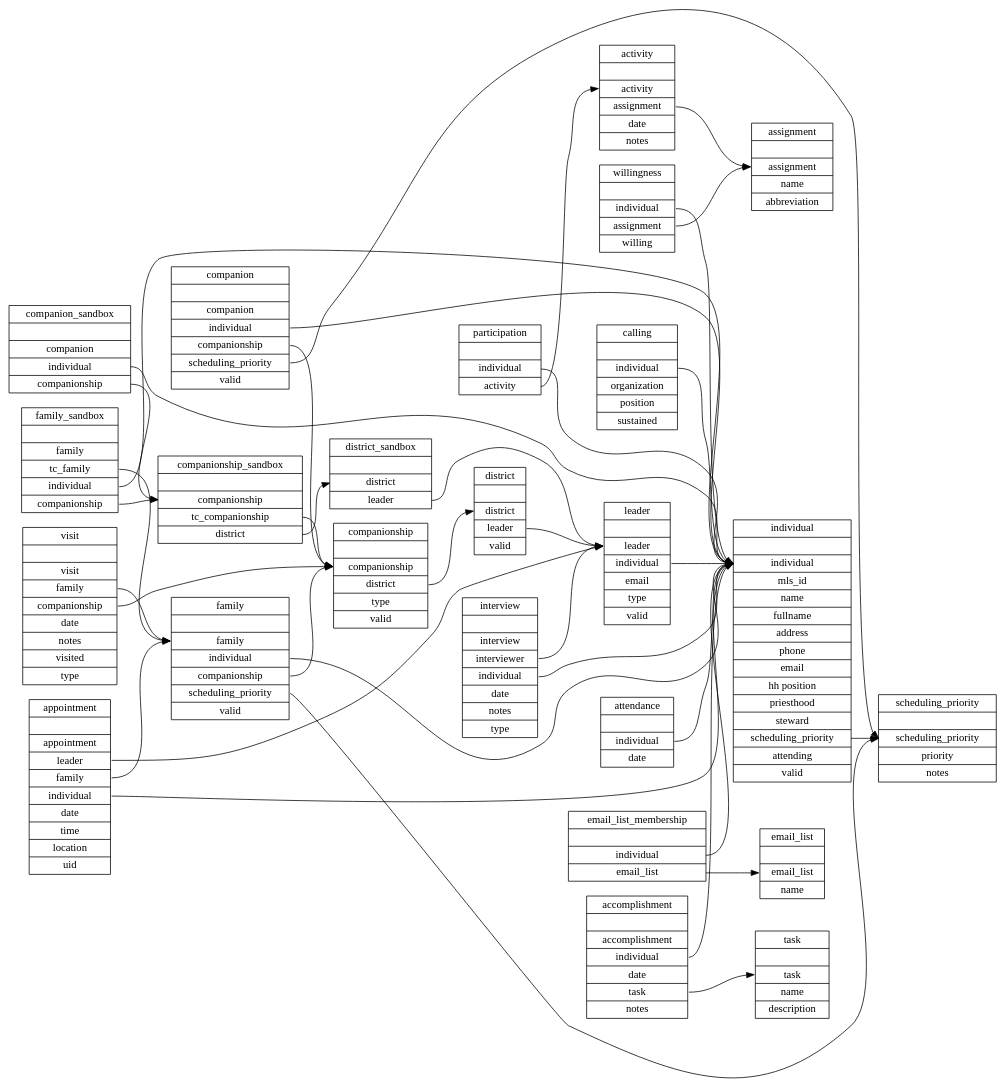
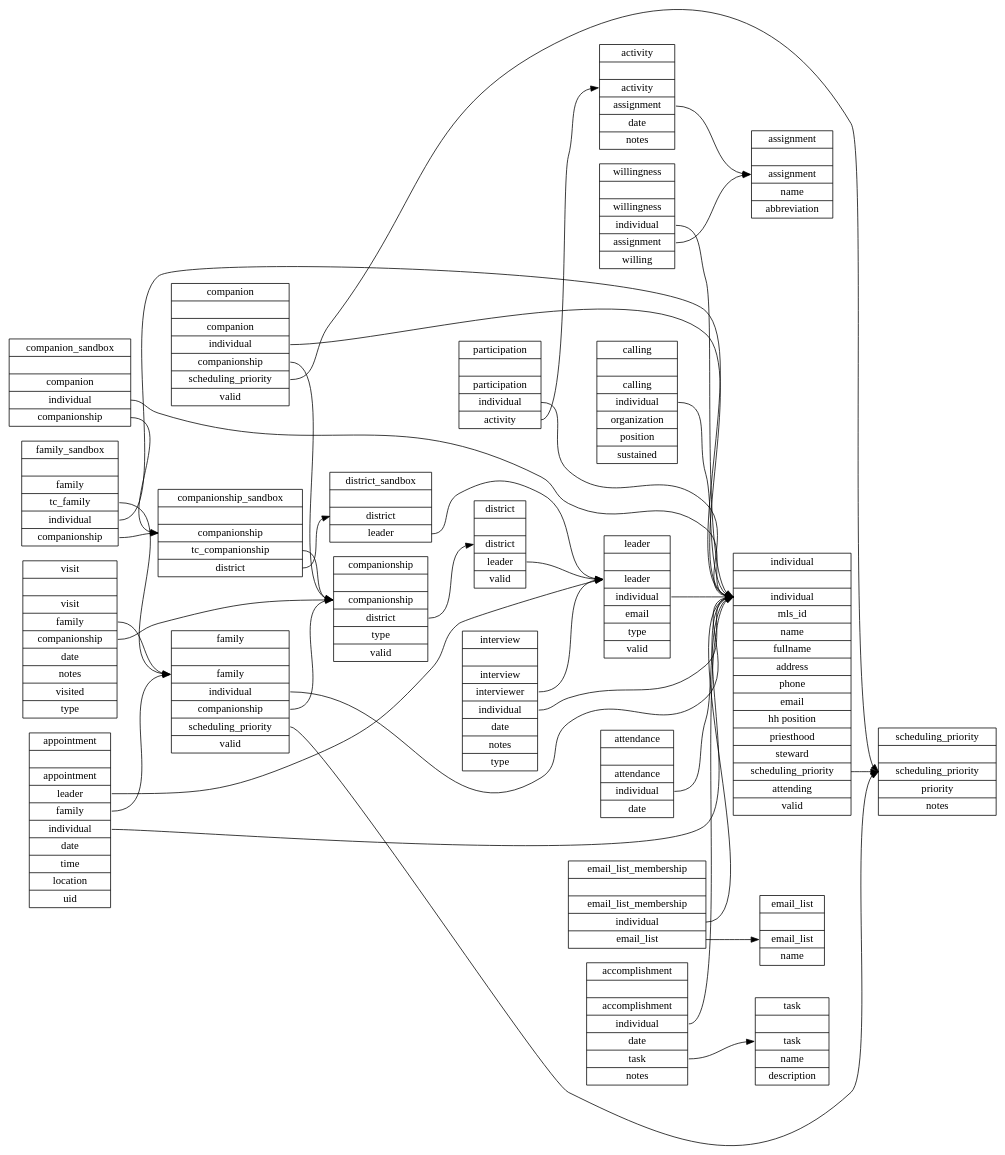
One commit to apippin/tc changed the diagram in sql/schema.dot. Above: the diagram before and after it, drawn with Graphviz. The commit also changed 4 other files, not shown here.

```diff
--- a/sql/schema.dot
+++ b/sql/schema.dot
@@ -1,155 +1,155 @@
 digraph schema {
   graph [
     rankdir = "LR"
   ];
   activity   [
     label = "activity||<a> activity|<s> assignment|<t> date|<n> notes"
     shape = "record"
   ];
   appointment   [
     label = "appointment||<a> appointment|<l> leader|<f> family|<i> individual |<d> date|<t> time|<l> location|<u> uid"
     shape = "record"
   ];
   assignment    [
     label = "assignment||<a> assignment|<n> name|<ab> abbreviation"
     shape = "record"
   ];
   attendance   [
-    label = "attendance||<i> individual|<d> date"
+    label = "attendance||<a> attendance|<i> individual|<d> date"
     shape = "record"
   ];
   calling       [
-    label = "calling||<i> individual|<o> organization|<p> position|<s> sustained"
+    label = "calling||<c> calling|<i> individual|<o> organization|<p> position|<s> sustained"
     shape = "record"
   ];
   companion   [
     label = "companion||<c> companion|<i> individual|<cp> companionship|<sp> scheduling_priority|<v> valid"
     shape = "record"
   ];
   companionship   [
     label = "companionship||<c> companionship|<d> district|<t> type|<v> valid"
     shape = "record"
   ];
   district      [
     label = "district||<d> district|<l> leader|<v> valid"
     shape = "record"
   ];
   individual   [
     label = "individual||<i> individual|<id> mls_id|<n> name|<fn> fullname|<a> address|<p> phone|<em> email|<hh> hh position|<pr> priesthood|<st> steward|<sp> scheduling_priority|<a> attending|<v> valid"
     shape = "record"
   ];
   family   [
     label = "family||<f> family|<i> individual|<c> companionship|<sp> scheduling_priority|<v> valid"
     shape = "record"
   ];
   participation   [
-    label = "participation||<i> individual|<a> activity"
+    label = "participation||<p> participation|<i> individual|<a> activity"
     shape = "record"
   ];
   interview   [
     label = "interview||<in> interview|<i> interviewer|<il> individual|<t> date|<n> notes|<t> type"
     shape = "record"
   ];
   leader    [
     label = "leader||<l> leader|<i> individual|<em> email|<t> type|<v> valid"
     shape = "record"
   ];
   visit   [
     label = "visit||<v> visit|<f> family|<c> companionship|<t> date|<n> notes|<v> visited|<vt> type"
     shape = "record"
   ];
   willingness   [
-    label = "willingness||<i> individual|<a> assignment|<w> willing"
+    label = "willingness||<wn> willingness|<i> individual|<a> assignment|<w> willing"
     shape = "record"
   ];
   scheduling_priority   [
     label = "scheduling_priority||<sp> scheduling_priority|<p> priority|<n> notes"
     shape = "record"
   ];
   email_list   [
     label = "email_list||<e> email_list|<n> name"
     shape = "record"
   ];
   email_list_membership   [
-    label = "email_list_membership||<i> individual|<e> email_list"
+    label = "email_list_membership||<elm> email_list_membership|<i> individual|<e> email_list"
     shape = "record"
   ];
   accomplishment   [
     label = "accomplishment||<a> accomplishment|<i> individual|<d> date|<t> task|<n> notes"
     shape = "record"
   ];
   task   [
     label = "task||<t> task|<n> name|<d> description"
     shape = "record"
   ];
   district_sandbox   [
     label = "district_sandbox||<d> district|<l> leader"
     shape = "record"
   ];
   companion_sandbox   [
     label = "companion_sandbox||<c> companion|<i> individual|<cp> companionship"
     shape = "record"
   ];
   companionship_sandbox   [
     label = "companionship_sandbox||<cp> companionship|<tcp> tc_companionship|<d> district"
     shape = "record"
   ];
   family_sandbox   [
     label = "family_sandbox||<f> family|<tcf> tc_family|<i> individual|<cp> companionship"
     shape = "record"
   ];
 
   activity:s      -> assignment:a
 
   appointment:l   -> leader:l
   appointment:f   -> family:f
   appointment:i   -> individual:i
 
   attendance:i    -> individual:i
   
   calling:i       -> individual:i
 
   companion:cp    -> companionship:c
   companion:i     -> individual:i
   companion:sp    -> scheduling_priority:sp
 
   companionship:d -> district:d
   
   district:l      -> leader:l
   
   individual:sp   -> scheduling_priority:sp
   
   family:i        -> individual:i
   family:c        -> companionship:c
   family:sp       -> scheduling_priority:sp
 
   participation:i -> individual:i
   participation:a -> activity:a
 
   interview:il    -> individual:i
   interview:i     -> leader:l
 
   leader:i    -> individual:i
 
   visit:c         -> companionship:c
   visit:f         -> family:f
 
   willingness:i   -> individual:i
   willingness:a   -> assignment:a
 
   email_list_membership:i  -> individual:i
   email_list_membership:e  -> email_list:e
   
   accomplishment:i   -> individual:i
   accomplishment:t   -> task:t
  
   district_sandbox:l      -> leader:l
   companion_sandbox:i     -> individual:i
   companion_sandbox:cp    -> companionship_sandbox:cp
   companionship_sandbox:tcp -> companionship:c
   companionship_sandbox:d -> district_sandbox:d
   family_sandbox:tcf      -> family:f
   family_sandbox:i        -> individual:i
   family_sandbox:cp       -> companionship_sandbox:cp
   
 }
```
